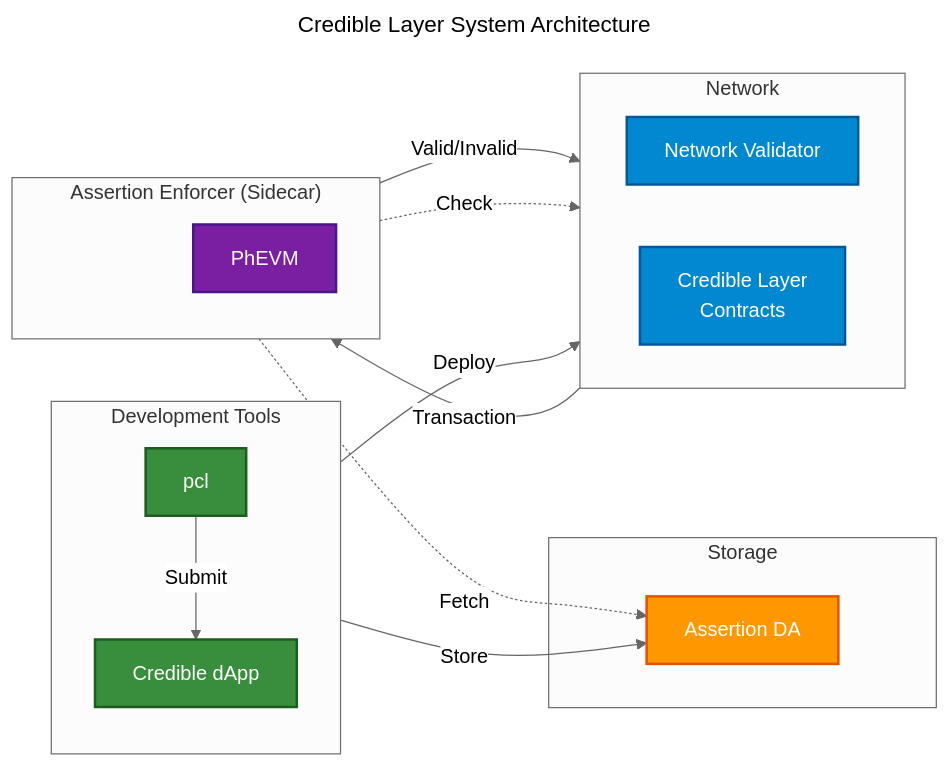
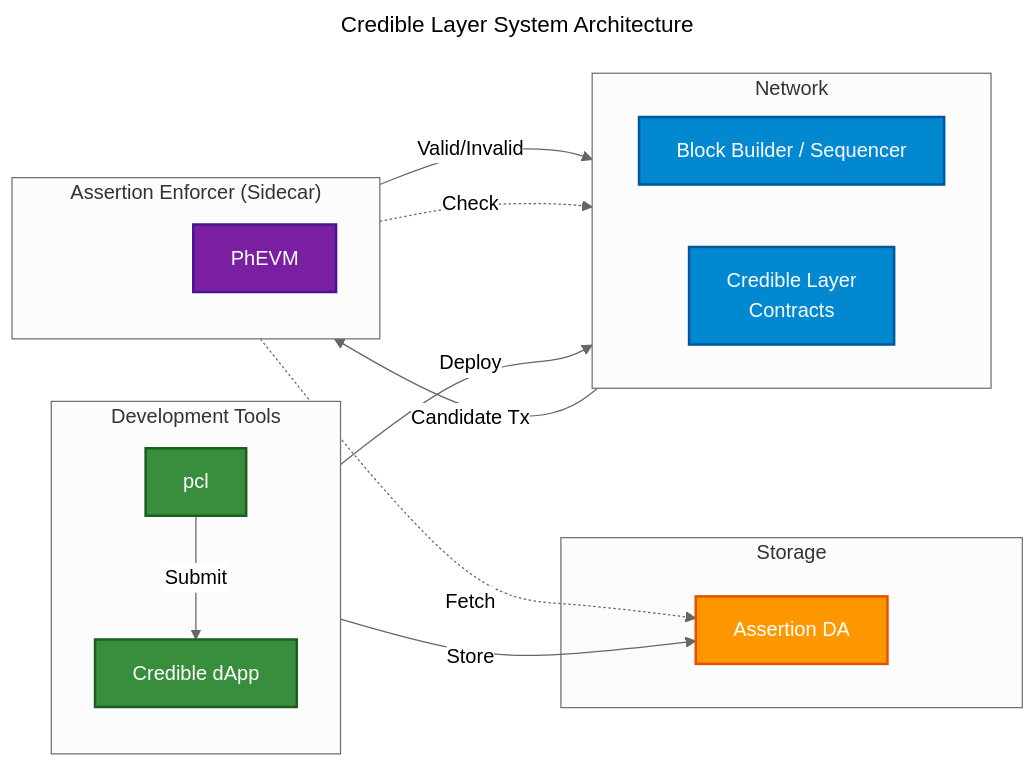
The first of 3 diagrams in credible/architecture-overview.mdx (phylaxsystems/phylax-docs), drawn with Mermaid (neutral theme) before and after one commit. The commit also changed other lines of this file and 24 other files, not shown here.

````diff
--- a/credible/architecture-overview.mdx
+++ b/credible/architecture-overview.mdx
@@ -29,48 +29,48 @@
 ```mermaid
 ---
 title: Credible Layer System Architecture
 ---
 flowchart LR
     subgraph dev["Development Tools"]
         direction TB
         CLI["pcl"]
         DAPP["Credible dApp"]
     end
 
     subgraph storage["Storage"]
         DA["Assertion DA"]
     end
 
     subgraph network["Network"]
         direction LR
-        VALIDATOR["Network Validator"]
+        VALIDATOR["Block Builder / Sequencer"]
         REGISTRY["Credible Layer<br/>Contracts"]
     end
 
     subgraph enforcer["Assertion Enforcer (Sidecar)"]
         direction TB
         SPACER_E[" "]
         PhEVM["PhEVM"]
     end
 
     CLI -->|"Store"| DA
     CLI -->|"Submit"| DAPP
     DAPP -->|"Deploy"| REGISTRY
 
-    VALIDATOR -->|"Transaction"| PhEVM
+    VALIDATOR -->|"Candidate Tx"| PhEVM
     PhEVM -->|"Valid/Invalid"| VALIDATOR
     PhEVM -.->|"Fetch"| DA
     PhEVM -.->|"Check"| REGISTRY
 
     classDef dev fill:#388e3c,stroke:#1b5e20,stroke-width:2px,color:#fff
     classDef storage fill:#ff9800,stroke:#e65100,stroke-width:2px,color:#fff
     classDef network fill:#0288d1,stroke:#01579b,stroke-width:2px,color:#fff
     classDef sidecar fill:#7b1fa2,stroke:#4a148c,stroke-width:2px,color:#fff
     classDef invisible fill:none,stroke:none
 
     class CLI,DAPP dev
     class DA storage
     class VALIDATOR,REGISTRY network
     class PhEVM sidecar
     class SPACER_E invisible
 ```
````
